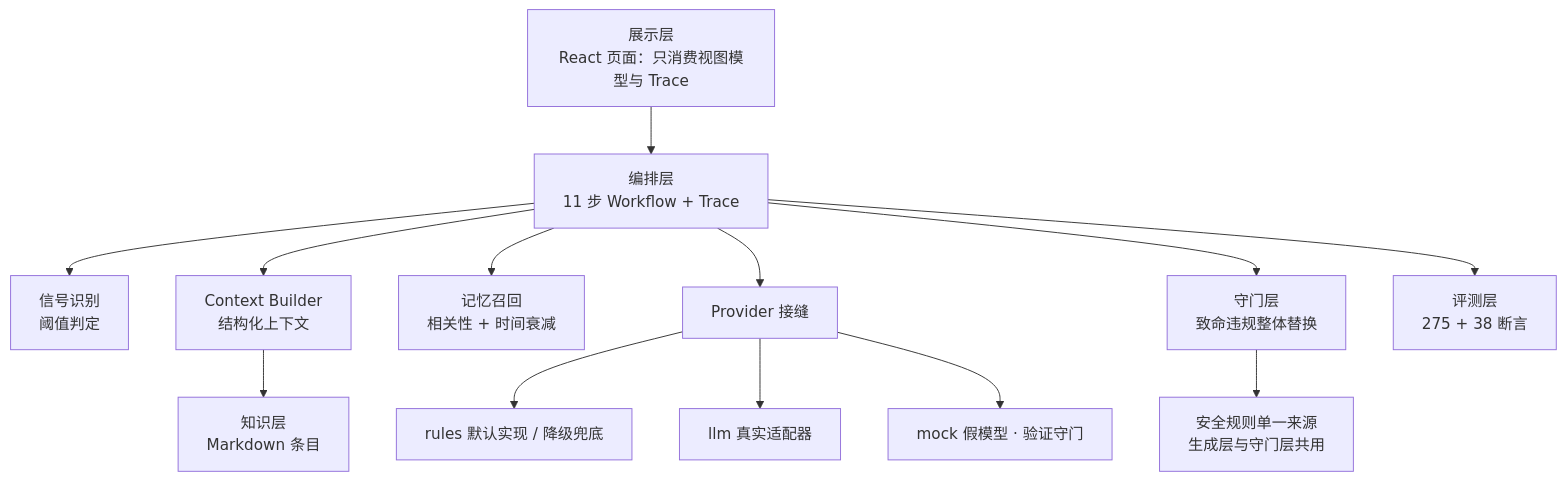
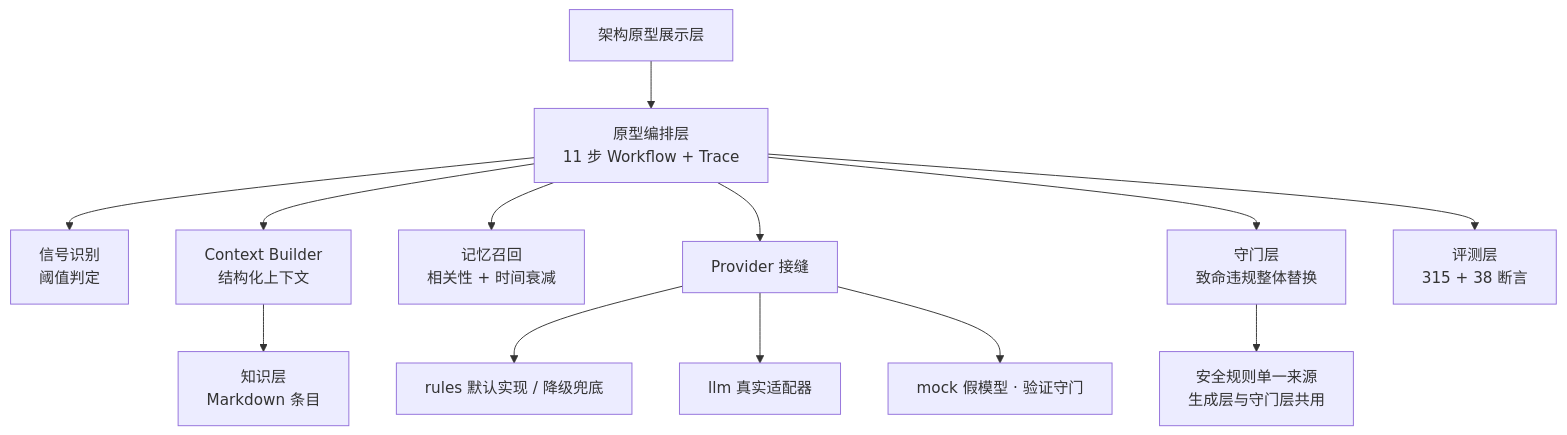
One commit to xuye111/proactive-health-ai changed the diagram in CASE_STUDY.md. Above: the diagram before and after it, drawn with Mermaid. The commit also changed other lines of this file and 72 other files, not shown here.

````diff
--- a/CASE_STUDY.md
+++ b/CASE_STUDY.md
@@ -53,15 +55,15 @@
 ```mermaid
 flowchart TD
-  A[展示层<br/>React 页面：只消费视图模型与 Trace] --> B[编排层<br/>11 步 Workflow + Trace]
+  A[架构原型展示层] --> B[原型编排层<br/>11 步 Workflow + Trace]
   B --> C[信号识别<br/>阈值判定]
   B --> D[Context Builder<br/>结构化上下文]
   B --> E[记忆召回<br/>相关性 + 时间衰减]
   B --> F[Provider 接缝]
   F --> G[rules 默认实现 / 降级兜底]
   F --> H[llm 真实适配器]
   F --> I[mock 假模型 · 验证守门]
   B --> J[守门层<br/>致命违规整体替换]
   J --> K[安全规则单一来源<br/>生成层与守门层共用]
   D --> L[知识层<br/>Markdown 条目]
-  B --> M[评测层<br/>275 + 38 断言]
+  B --> M[评测层<br/>315 + 38 断言]
 ```
````
